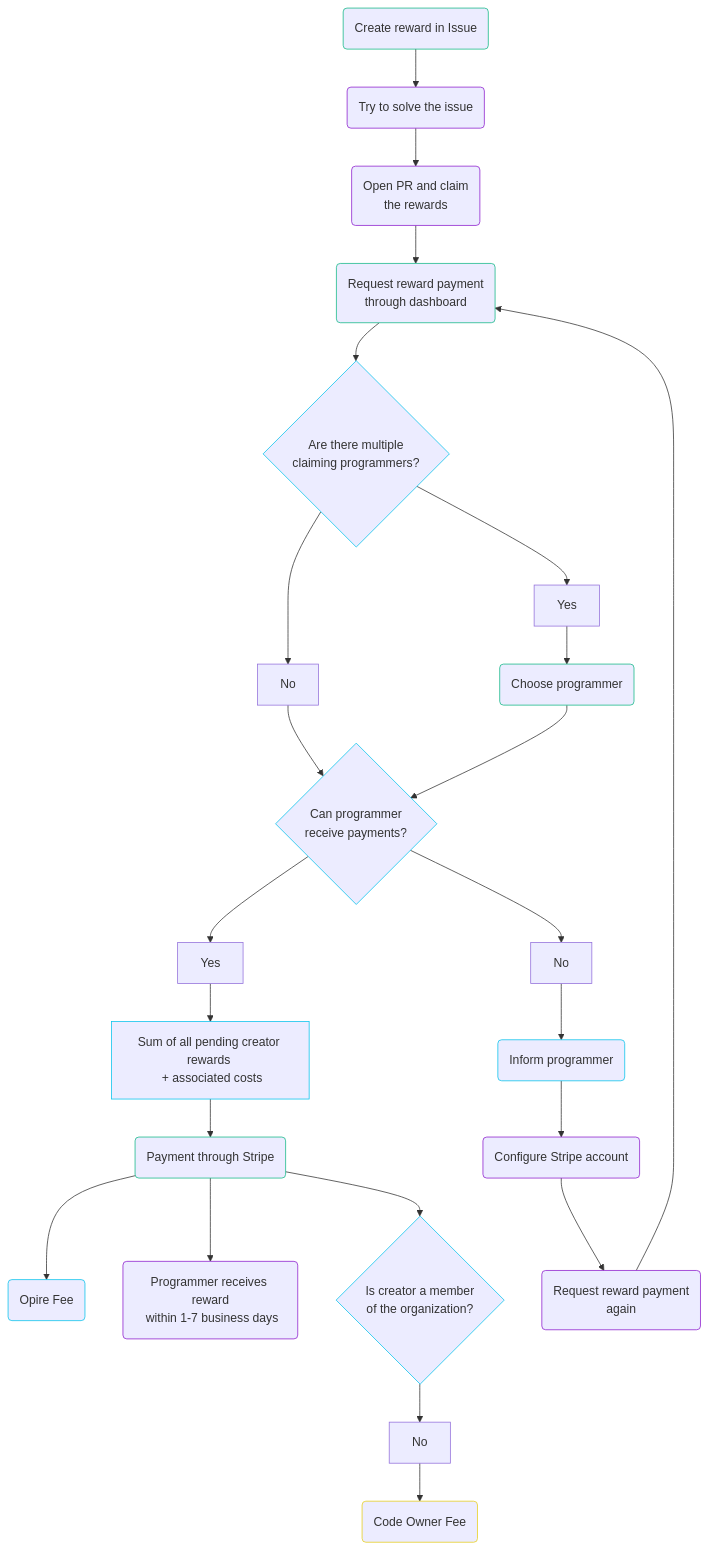
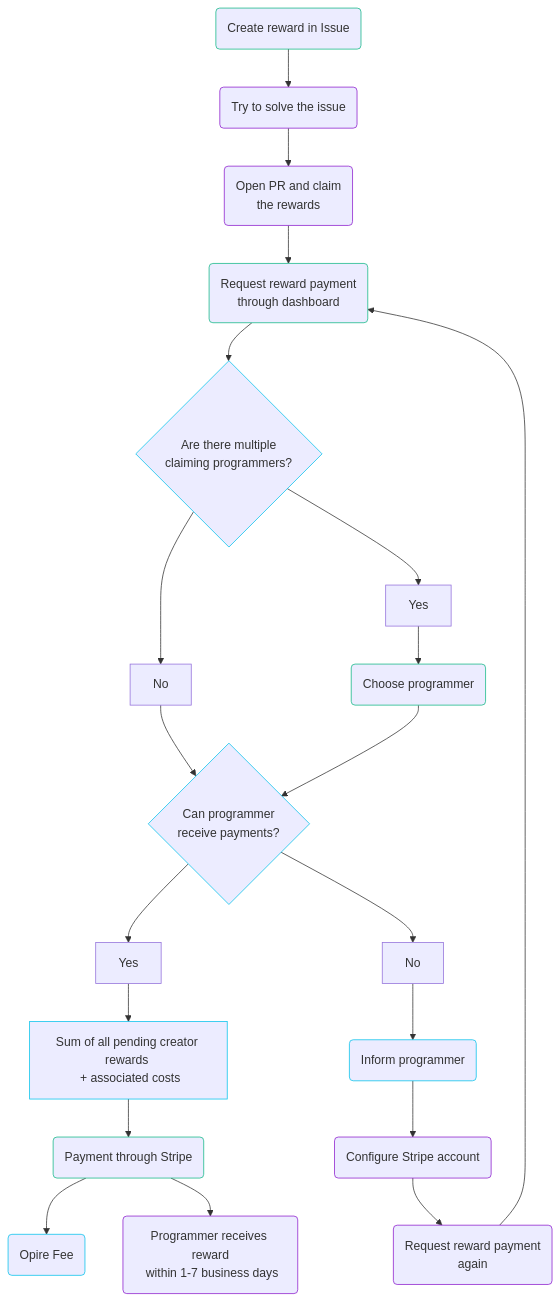
The second of 2 diagrams in pages/rewards/lifecycle.zh.mdx (Opire/docs), drawn with Mermaid before and after one commit. The commit also changed other lines of this file and 34 other files, not shown here.

Commit message:
Remove code owner fee references

````diff
--- a/pages/rewards/lifecycle.zh.mdx
+++ b/pages/rewards/lifecycle.zh.mdx
@@ -43,22 +35,21 @@
 ```mermaid
 flowchart TD
     classDef opire stroke:#06C2EC
     classDef creator stroke:#12b886
     classDef programmer stroke:#8D1DCD
     classDef codeowner stroke:#E7CE1B
     创建奖励(Create reward in Issue):::creator --> 尝试解决(Try to solve the issue):::programmer
     尝试解决 --> 领取奖励(Open PR and claim <br/>the rewards):::programmer
     领取奖励 --> 请求奖励支付(Request reward payment <br/>through dashboard):::creator
     请求奖励支付 --> 多个程序员吗{Are there multiple<br/>claiming programmers?}:::opire
     多个程序员吗 --> 多个程序员不[No] --> 程序员可以收款吗{Can programmer<br/>receive payments?}:::opire
     多个程序员吗 --> 多个程序员是[Yes] --> 选择程序员(Choose programmer):::creator --> 程序员可以收款吗
     程序员可以收款吗 --> 程序员可以收款是[Yes] --> 所有待支付的奖励金额[Sum of all pending creator rewards <br/> + associated costs]:::opire
     所有待支付的奖励金额 --> 通过Stripe支付(Payment through Stripe):::creator
     通过Stripe支付 --> Opire费用(Opire Fee):::opire
     通过Stripe支付 --> 程序员支付(Programmer receives reward<br/> within 1-7 business days):::programmer
-    通过Stripe支付 --> 创建者是否为组织成员{Is creator a member<br/> of the organization?}:::opire -->  创建者不是[No] --> 代码所有者费用(Code Owner Fee):::codeowner
     程序员可以收款吗 --> 程序员可以收款否[No] --> 通知程序员(Inform programmer):::opire
     通知程序员 --> 配置Stripe账户(Configure Stripe account):::programmer
     配置Stripe账户 --> 请求再次支付奖励(Request reward payment <br/>again):::programmer
     请求再次支付奖励 --> 请求奖励支付
 ```
````
